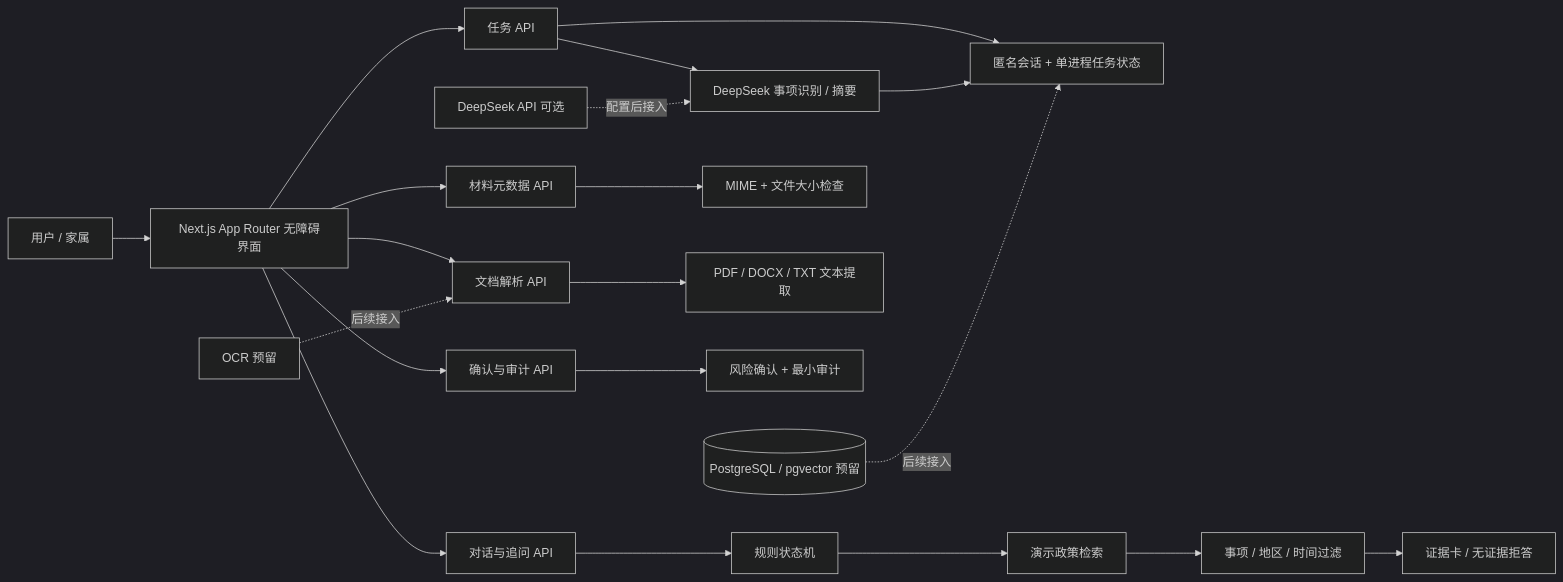
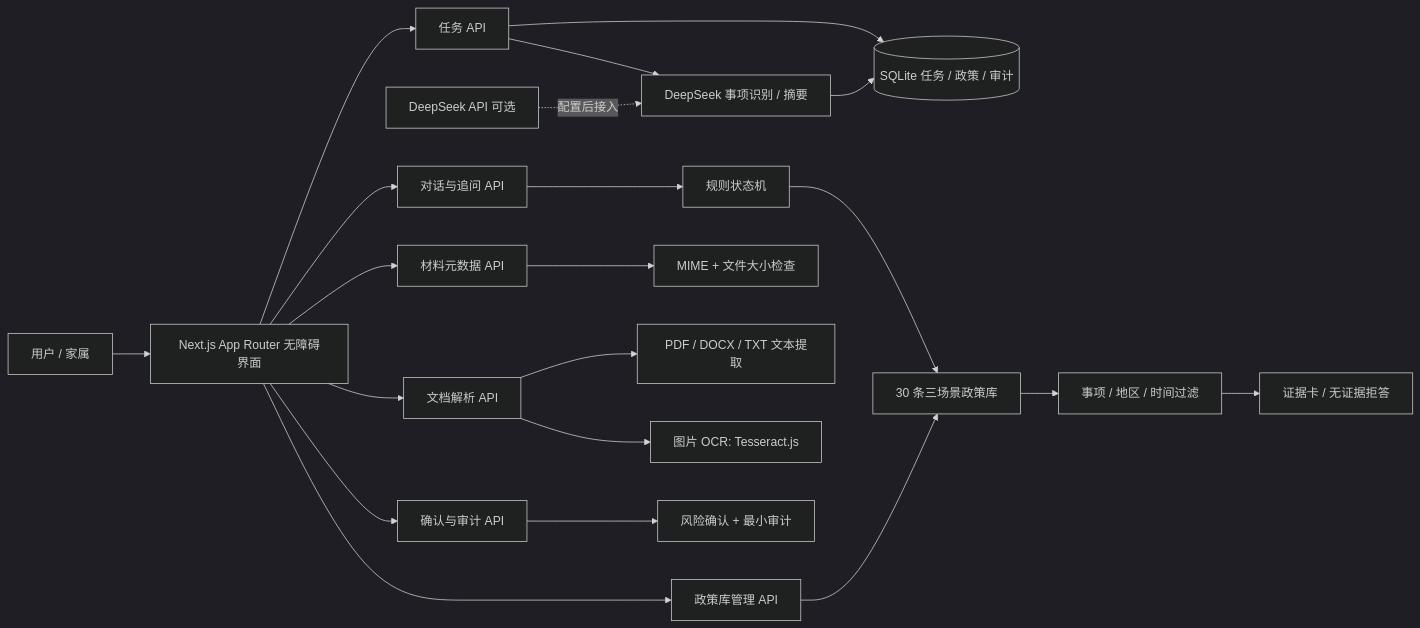
One commit to Git-985/Smart-AI changed the diagram in README.md. Above: the diagram before and after it, drawn with Mermaid (dark theme). The commit also changed other lines of this file and 50 other files, not shown here.

Commit message:
feat: complete full project with policy library, SQLite and OCR

````diff
--- a/README.md
+++ b/README.md
@@ -39,25 +41,26 @@
 ```mermaid
 flowchart LR
   U[用户 / 家属] --> UI[Next.js App Router 无障碍界面]
   UI --> T[任务 API]
   UI --> C[对话与追问 API]
   UI --> D[材料元数据 API]
   UI --> P[文档解析 API]
   UI --> A[确认与审计 API]
+  UI --> K[政策库管理 API]
 
-  T --> S[匿名会话 + 单进程任务状态]
   T --> AI[DeepSeek 事项识别 / 摘要]
+  T --> S[(SQLite 任务 / 政策 / 审计)]
   AI --> S
   C --> W[规则状态机]
-  W --> R[演示政策检索]
+  W --> R[30 条三场景政策库]
   R --> F[事项 / 地区 / 时间过滤]
   F --> E[证据卡 / 无证据拒答]
 
   D --> M[MIME + 文件大小检查]
   P --> X[PDF / DOCX / TXT 文本提取]
+  P --> O[图片 OCR: Tesseract.js]
   A --> H[风险确认 + 最小审计]
+  K --> R
 
-  DB[(PostgreSQL / pgvector 预留)] -. 后续接入 .-> S
   LLM[DeepSeek API 可选] -. 配置后接入 .-> AI
-  OCR[OCR 预留] -. 后续接入 .-> P
 ```
````
